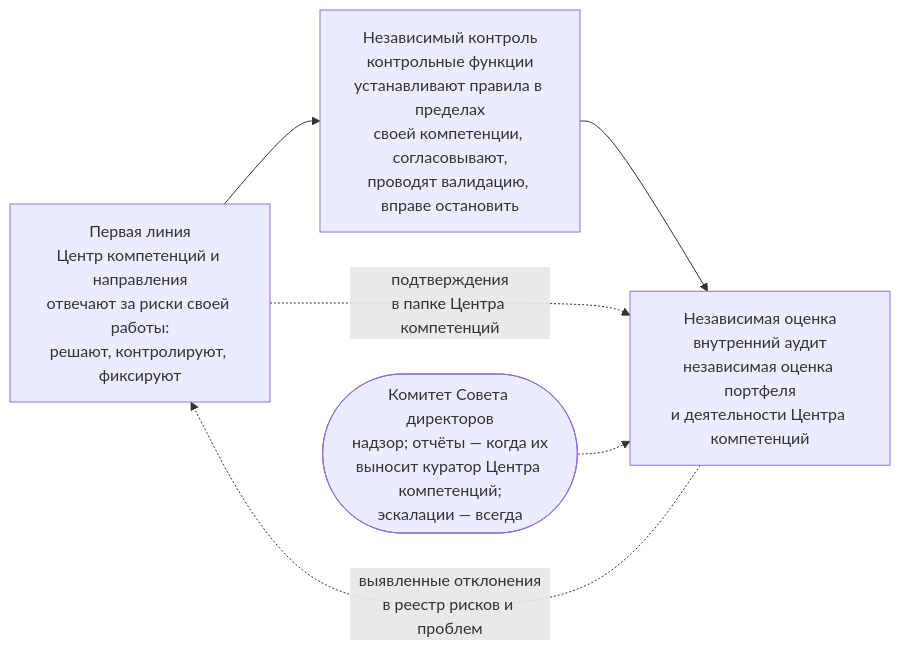
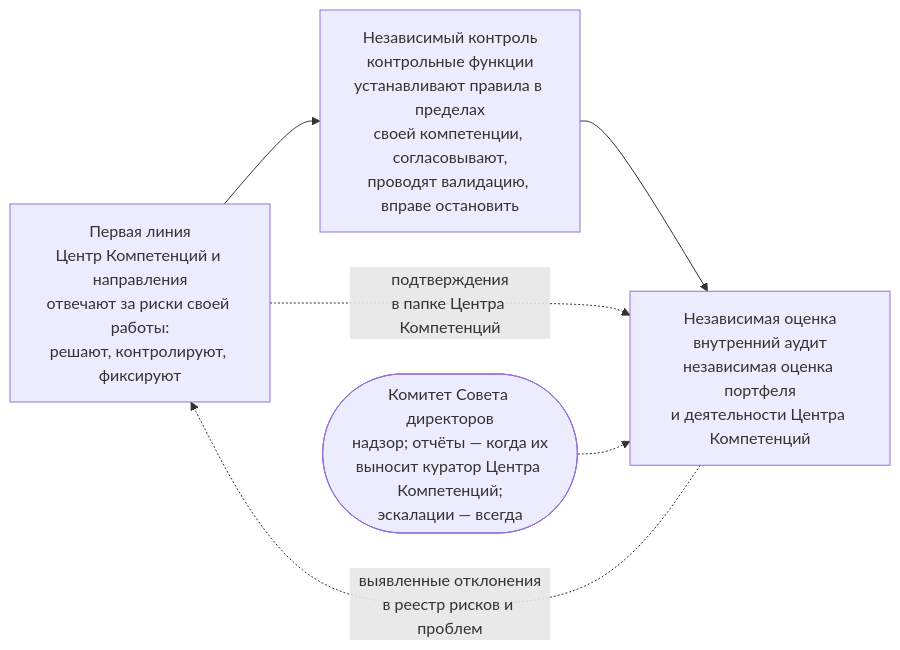
Before and after one commit to devhogu/ob-aicc: the diagram in portal/content/ru/governance/records-evidence-and-assurance.md, drawn with Mermaid. The commit also changed other lines of this file and 550 other files, not shown here.

First line of the commit message:
Competence Center as a brand name: «Центр Компетенций» in Russian

````diff
--- a/portal/content/ru/governance/records-evidence-and-assurance.md
+++ b/portal/content/ru/governance/records-evidence-and-assurance.md
@@ -31,8 +31,8 @@
 ```mermaid
 flowchart LR
-  L1["Первая линия<br/>Центр компетенций и направления<br/>отвечают за риски своей работы:<br/>решают, контролируют, фиксируют"] --> L2["Независимый контроль<br/>контрольные функции<br/>устанавливают правила в пределах<br/>своей компетенции, согласовывают,<br/>проводят валидацию, вправе остановить"]
-  L2 --> L3["Независимая оценка<br/>внутренний аудит<br/>независимая оценка портфеля<br/>и деятельности Центра компетенций"]
-  L1 -.->|"подтверждения<br/>в папке Центра компетенций"| L3
+  L1["Первая линия<br/>Центр Компетенций и направления<br/>отвечают за риски своей работы:<br/>решают, контролируют, фиксируют"] --> L2["Независимый контроль<br/>контрольные функции<br/>устанавливают правила в пределах<br/>своей компетенции, согласовывают,<br/>проводят валидацию, вправе остановить"]
+  L2 --> L3["Независимая оценка<br/>внутренний аудит<br/>независимая оценка портфеля<br/>и деятельности Центра Компетенций"]
+  L1 -.->|"подтверждения<br/>в папке Центра Компетенций"| L3
   L3 -.->|"выявленные отклонения<br/>в реестр рисков и проблем"| L1
-  B(["Комитет Совета директоров<br/>надзор; отчёты — когда их<br/>выносит куратор Центра компетенций;<br/>эскалации — всегда"]) -.-> L3
+  B(["Комитет Совета директоров<br/>надзор; отчёты — когда их<br/>выносит куратор Центра Компетенций;<br/>эскалации — всегда"]) -.-> L3
 ```
````
